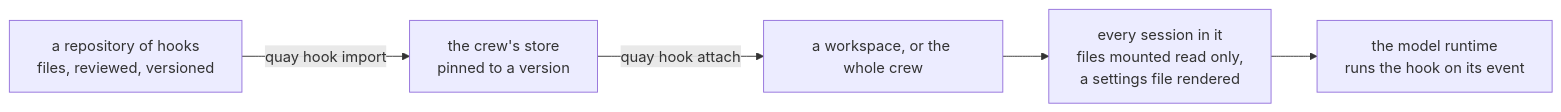
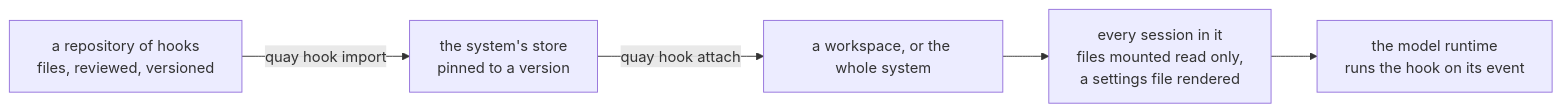
One commit to atlantic-blue/quay-crew changed the first of 2 diagrams in docs/HOOKS.md. Above: the diagram before and after it, drawn with Mermaid. The commit also changed other lines of this file and 496 other files, not shown here.

Commit message:
506: refactor: the word for the level above every workspace is system

````diff
--- a/docs/HOOKS.md
+++ b/docs/HOOKS.md
@@ -44,7 +44,7 @@
 ```mermaid
 flowchart LR
-    A["a repository of hooks<br/>files, reviewed, versioned"] -->|"quay hook import"| B["the crew's store<br/>pinned to a version"]
-    B -->|"quay hook attach"| C["a workspace, or the whole crew"]
+    A["a repository of hooks<br/>files, reviewed, versioned"] -->|"quay hook import"| B["the system's store<br/>pinned to a version"]
+    B -->|"quay hook attach"| C["a workspace, or the whole system"]
     C --> D["every session in it<br/>files mounted read only,<br/>a settings file rendered"]
     D --> E["the model runtime<br/>runs the hook on its event"]
 ```
````
